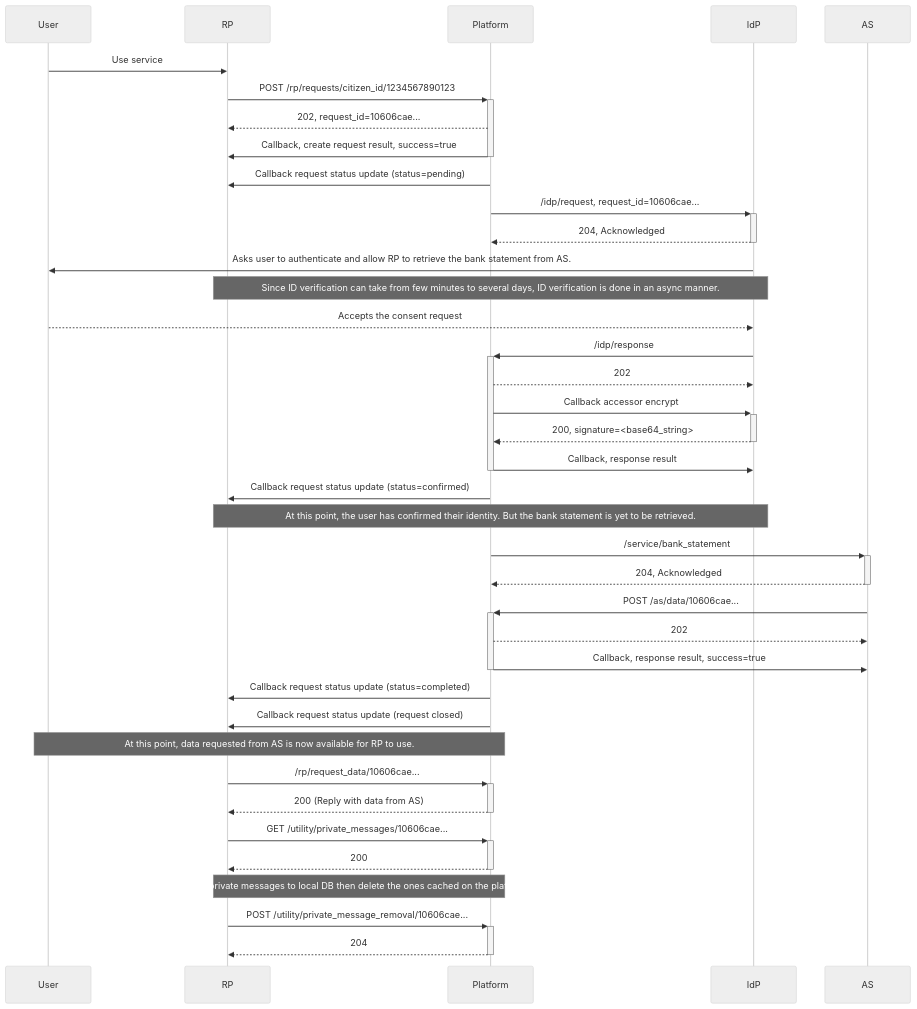
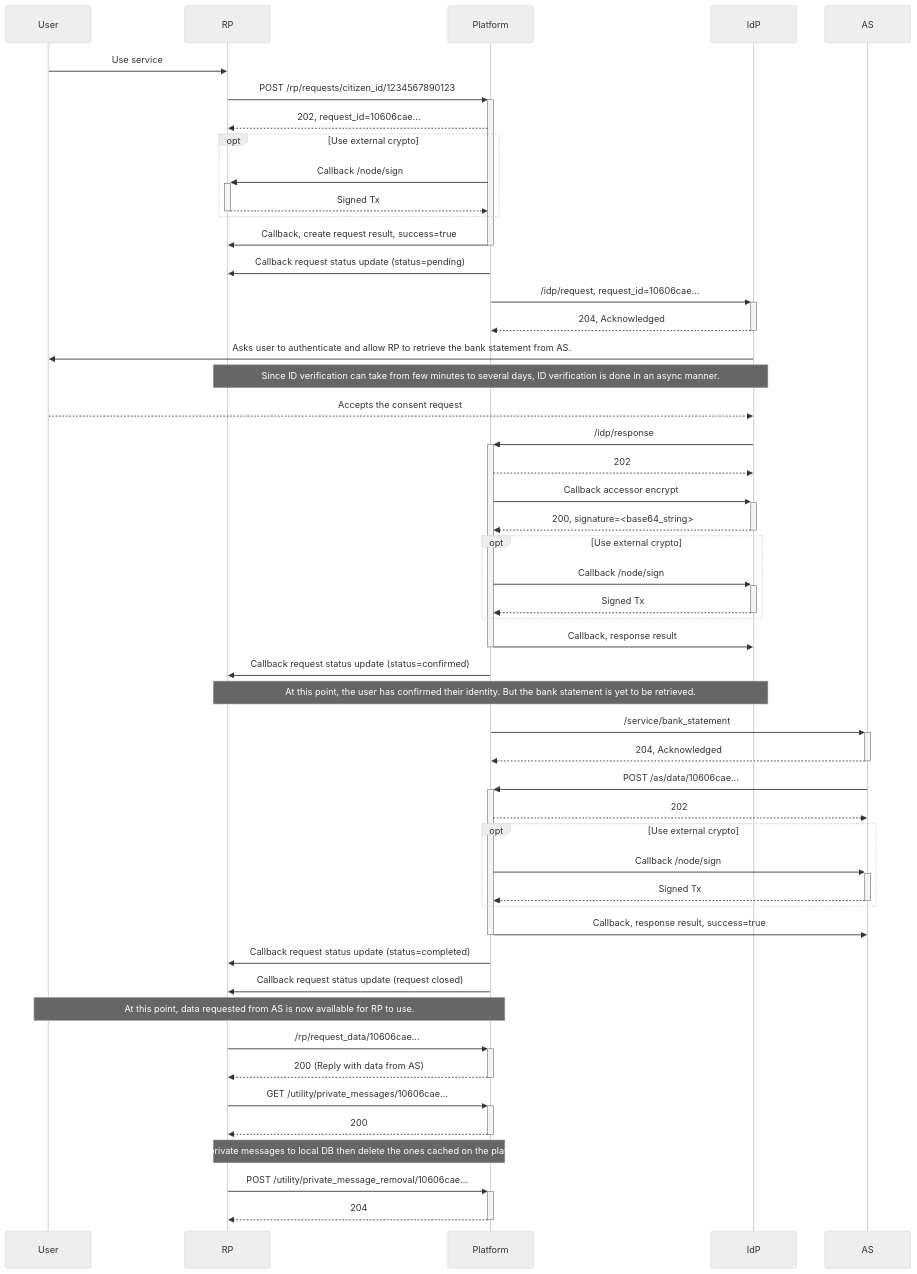
One commit to ndidplatform/ndidplatform.github.io changed the diagram in flows/data-request.md. Above: the diagram before and after it, drawn with Mermaid (neutral theme). The commit also changed 2 other files, not shown here.

Commit message:
Add opt flows to sequence diagrams

````diff
--- a/flows/data-request.md
+++ b/flows/data-request.md
@@ -9,40 +9,52 @@
 ```mermaid
 sequenceDiagram
     participant User
     participant RP
     participant Platform
     participant IdP
     participant AS
     User->>RP: Use service
     RP->>+Platform: POST /rp/requests/citizen_id/1234567890123
     Platform-->>RP: 202, request_id=10606cae...
+    opt Use external crypto
+        Platform->>+RP: Callback /node/sign
+        RP-->>-Platform: Signed Tx
+    end
     Platform->>-RP: Callback, create request result, success=true
     Platform->>RP: Callback request status update (status=pending)
     Platform->>+IdP: /idp/request, request_id=10606cae...
     IdP-->>-Platform: 204, Acknowledged
     IdP->>User: Asks user to authenticate and allow RP to retrieve the bank statement from AS.
     Note over RP,IdP: Since ID verification can take from few minutes to several days, ID verification is done in an async manner.
     User-->>IdP: Accepts the consent request
     IdP->>+Platform: /idp/response
     Platform-->>IdP: 202
     Platform->>+IdP: Callback accessor encrypt
     IdP-->>-Platform: 200, signature=<base64_string>
+    opt Use external crypto
+        Platform->>+IdP: Callback /node/sign
+        IdP-->>-Platform: Signed Tx
+    end
     Platform->>-IdP: Callback, response result
     Platform->>RP: Callback request status update (status=confirmed)
     Note over RP,IdP: At this point, the user has confirmed their identity. But the bank statement is yet to be retrieved.
     Platform->>+AS: /service/bank_statement
     AS-->>-Platform: 204, Acknowledged
     AS->>+Platform: POST /as/data/10606cae...
     Platform-->>AS: 202
+    opt Use external crypto
+        Platform->>+AS: Callback /node/sign
+        AS-->>-Platform: Signed Tx
+    end
     Platform->>-AS: Callback, response result, success=true
     Platform->>RP: Callback request status update (status=completed)
     Platform->>RP: Callback request status update (request closed)
     Note over User,Platform: At this point, data requested from AS is now available for RP to use.
     RP->>+Platform: /rp/request_data/10606cae...
     Platform-->>-RP: 200 (Reply with data from AS)
     RP->>+Platform: GET /utility/private_messages/10606cae...
     Platform-->>-RP: 200
     Note over RP,Platform: RP MUST store private messages to local DB then delete the ones cached on the platform local node.
     RP->>+Platform: POST /utility/private_message_removal/10606cae...
     Platform-->>-RP: 204
 ```
````
